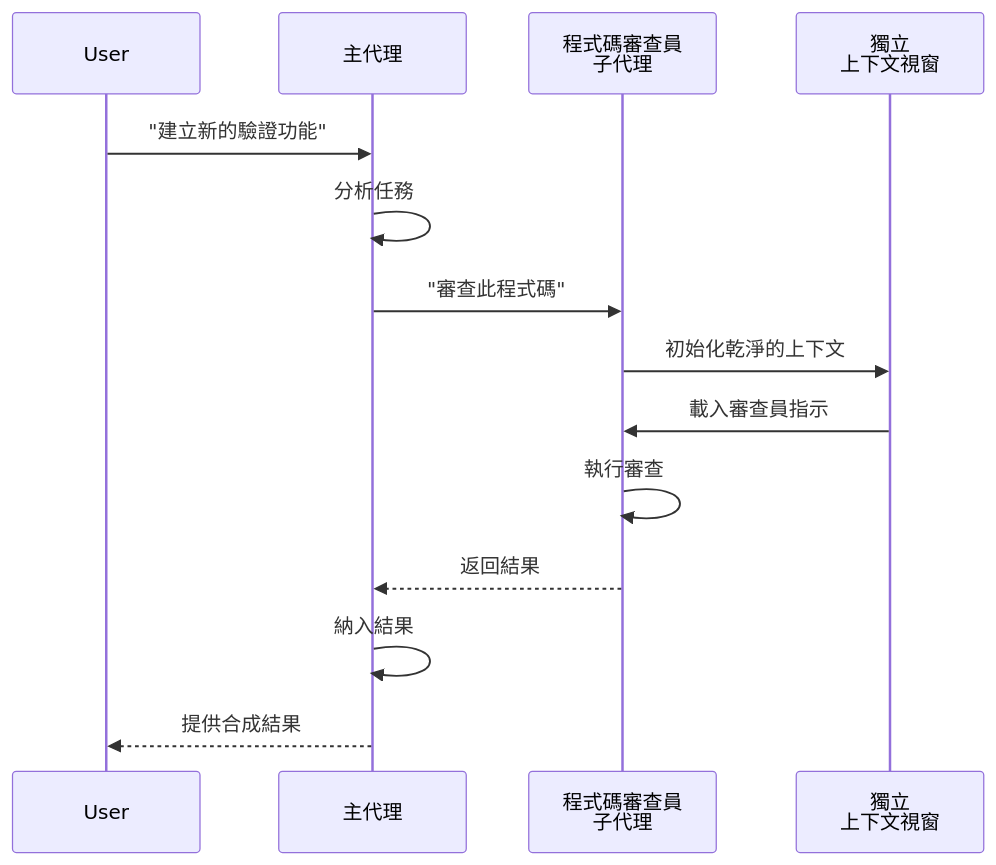
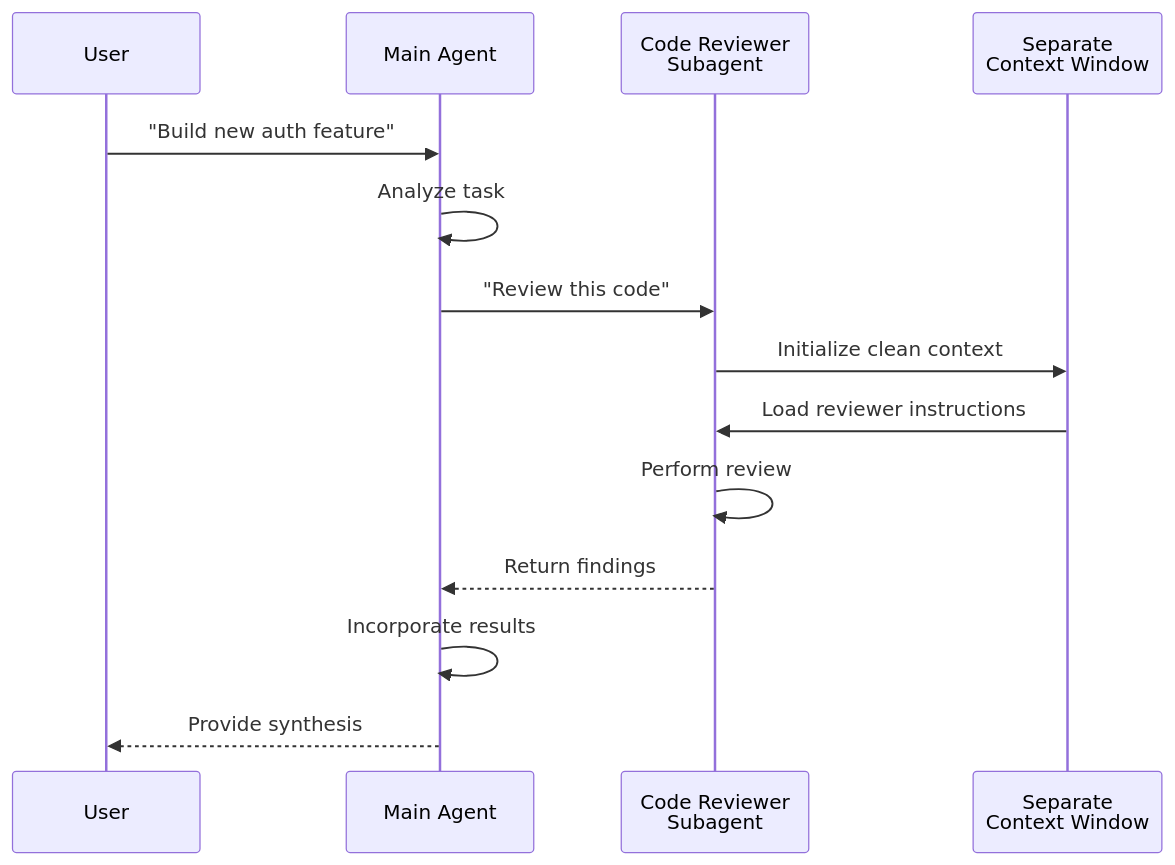
Before and after one commit to huckly/claude-howto-zh-tw: the fifth of 20 diagrams in claude_concepts_guide.md, drawn with Mermaid. The commit also changed other lines of this file and 8 other files, not shown here.

````diff
--- a/claude_concepts_guide.md
+++ b/claude_concepts_guide.md
@@ -231,17 +243,17 @@
 ```mermaid
 sequenceDiagram
     participant User
-    participant MainAgent as 主代理
-    participant CodeReviewer as 程式碼審查員<br/>子代理
-    participant Context as 獨立<br/>上下文視窗
+    participant MainAgent as Main Agent
+    participant CodeReviewer as Code Reviewer<br/>Subagent
+    participant Context as Separate<br/>Context Window
 
-    User->>MainAgent: "建立新的驗證功能"
-    MainAgent->>MainAgent: 分析任務
-    MainAgent->>CodeReviewer: "審查此程式碼"
-    CodeReviewer->>Context: 初始化乾淨的上下文
-    Context->>CodeReviewer: 載入審查員指示
-    CodeReviewer->>CodeReviewer: 執行審查
-    CodeReviewer-->>MainAgent: 返回結果
-    MainAgent->>MainAgent: 納入結果
-    MainAgent-->>User: 提供合成結果
+    User->>MainAgent: "Build new auth feature"
+    MainAgent->>MainAgent: Analyze task
+    MainAgent->>CodeReviewer: "Review this code"
+    CodeReviewer->>Context: Initialize clean context
+    Context->>CodeReviewer: Load reviewer instructions
+    CodeReviewer->>CodeReviewer: Perform review
+    CodeReviewer-->>MainAgent: Return findings
+    MainAgent->>MainAgent: Incorporate results
+    MainAgent-->>User: Provide synthesis
 ```
````
